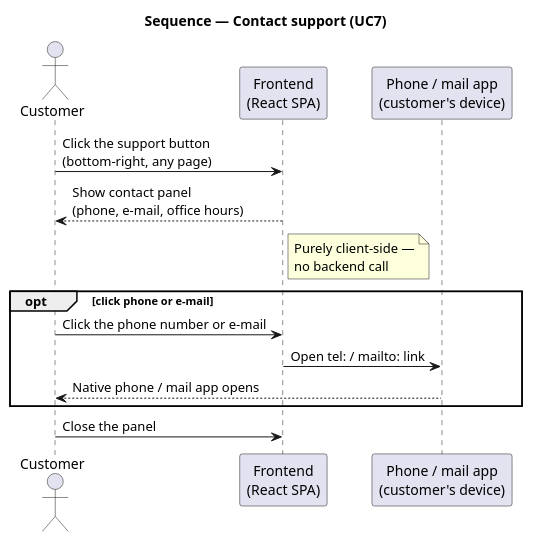
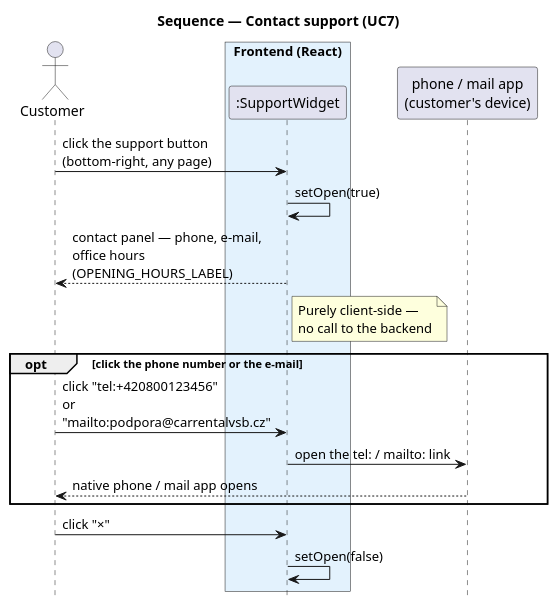
Before and after one commit to DavidMagyarics/CarRentalVSB: the diagram in docs/diagrams/sequence-contact-support.puml, drawn with PlantUML. The commit also changed 45 other files, not shown here.

Commit message:
docs: model the sequence diagrams on concrete classes and objects, sync the class diagram with the code

```diff
--- a/docs/diagrams/sequence-contact-support.puml
+++ b/docs/diagrams/sequence-contact-support.puml
@@ -1,23 +1,30 @@
 @startuml sequence-contact-support
 skinparam backgroundColor white
+skinparam responseMessageBelowArrow true
+skinparam maxMessageSize 220
+hide footbox
 title Sequence — Contact support (UC7)
 
 actor Customer
-participant "Frontend\n(React SPA)" as FE
-participant "Phone / mail app\n(customer's device)" as Device
+box "Frontend (React)" #E3F2FD
+  participant ":SupportWidget" as Widget
+end box
+participant "phone / mail app\n(customer's device)" as Device
 
-Customer -> FE: Click the support button\n(bottom-right, any page)
-FE --> Customer: Show contact panel\n(phone, e-mail, office hours)
-note right of FE
+Customer -> Widget : click the support button\n(bottom-right, any page)
+Widget -> Widget : setOpen(true)
+Widget --> Customer : contact panel — phone, e-mail,\noffice hours (OPENING_HOURS_LABEL)
+note right of Widget
   Purely client-side —
-  no backend call
+  no call to the backend
 end note
 
-opt click phone or e-mail
-  Customer -> FE: Click the phone number or e-mail
-  FE -> Device: Open tel: / mailto: link
-  Device --> Customer: Native phone / mail app opens
+opt click the phone number or the e-mail
+  Customer -> Widget : click "tel:+420800123456"\nor "mailto:podpora@carrentalvsb.cz"
+  Widget -> Device : open the tel: / mailto: link
+  Device --> Customer : native phone / mail app opens
 end
 
-Customer -> FE: Close the panel
+Customer -> Widget : click "×"
+Widget -> Widget : setOpen(false)
 @enduml
```
